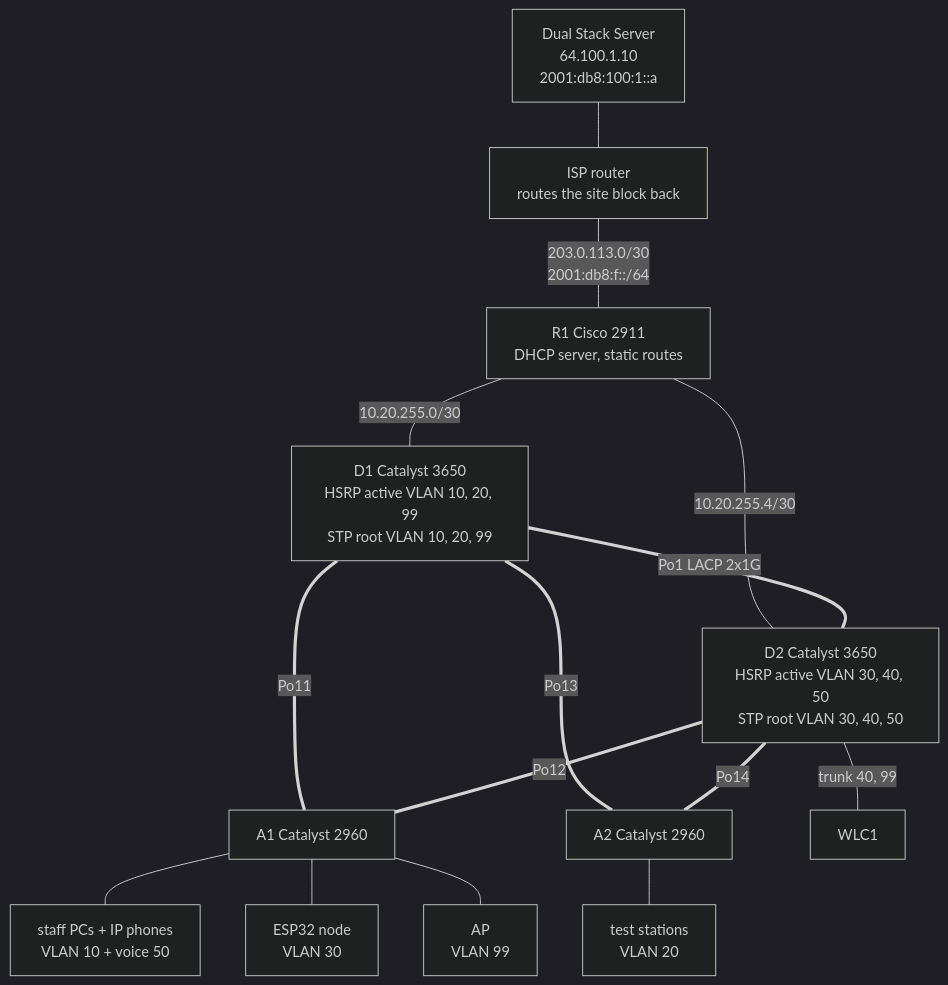
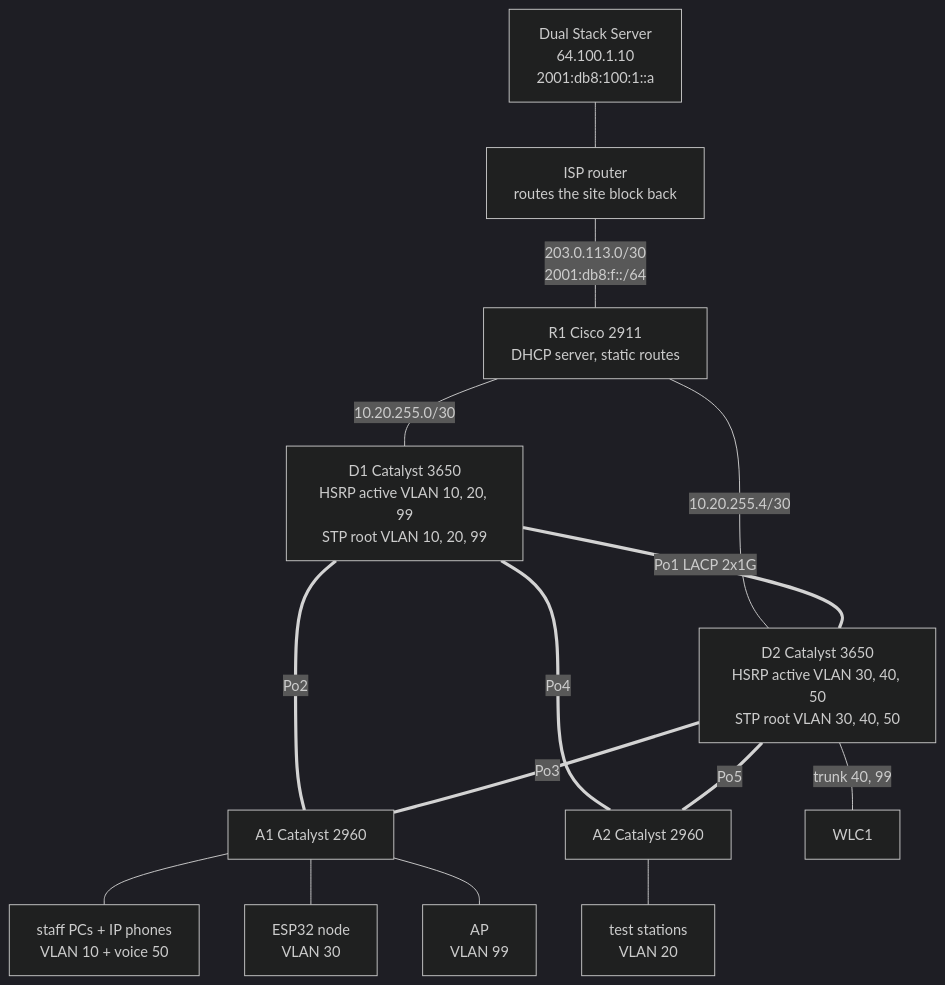
Before and after one commit to HannaBeshoy/ccna-campus-network: the diagram in README.md, drawn with Mermaid (dark theme). The commit also changed other lines of this file and 34 other files, not shown here.

````diff
--- a/README.md
+++ b/README.md
@@ -25,17 +25,17 @@
 ```mermaid
 flowchart TB
     SRV[Dual Stack Server<br/>64.100.1.10<br/>2001:db8:100:1::a] --- ISP[ISP router<br/>routes the site block back]
     ISP ---|"203.0.113.0/30<br/>2001:db8:f::/64"| R1[R1 Cisco 2911<br/>DHCP server, static routes]
     R1 ---|"10.20.255.0/30"| D1[D1 Catalyst 3650<br/>HSRP active VLAN 10, 20, 99<br/>STP root VLAN 10, 20, 99]
     R1 ---|"10.20.255.4/30"| D2[D2 Catalyst 3650<br/>HSRP active VLAN 30, 40, 50<br/>STP root VLAN 30, 40, 50]
     D1 ===|"Po1 LACP 2x1G"| D2
-    D1 ===|Po11| A1[A1 Catalyst 2960]
-    D2 ===|Po12| A1
-    D1 ===|Po13| A2[A2 Catalyst 2960]
-    D2 ===|Po14| A2
+    D1 ===|Po2| A1[A1 Catalyst 2960]
+    D2 ===|Po3| A1
+    D1 ===|Po4| A2[A2 Catalyst 2960]
+    D2 ===|Po5| A2
     D2 ---|trunk 40, 99| WLC[WLC1]
     A1 --- PC1[staff PCs + IP phones<br/>VLAN 10 + voice 50]
     A1 --- ESP[ESP32 node<br/>VLAN 30]
     A1 --- AP[AP<br/>VLAN 99]
     A2 --- TS[test stations<br/>VLAN 20]
 ```
````
